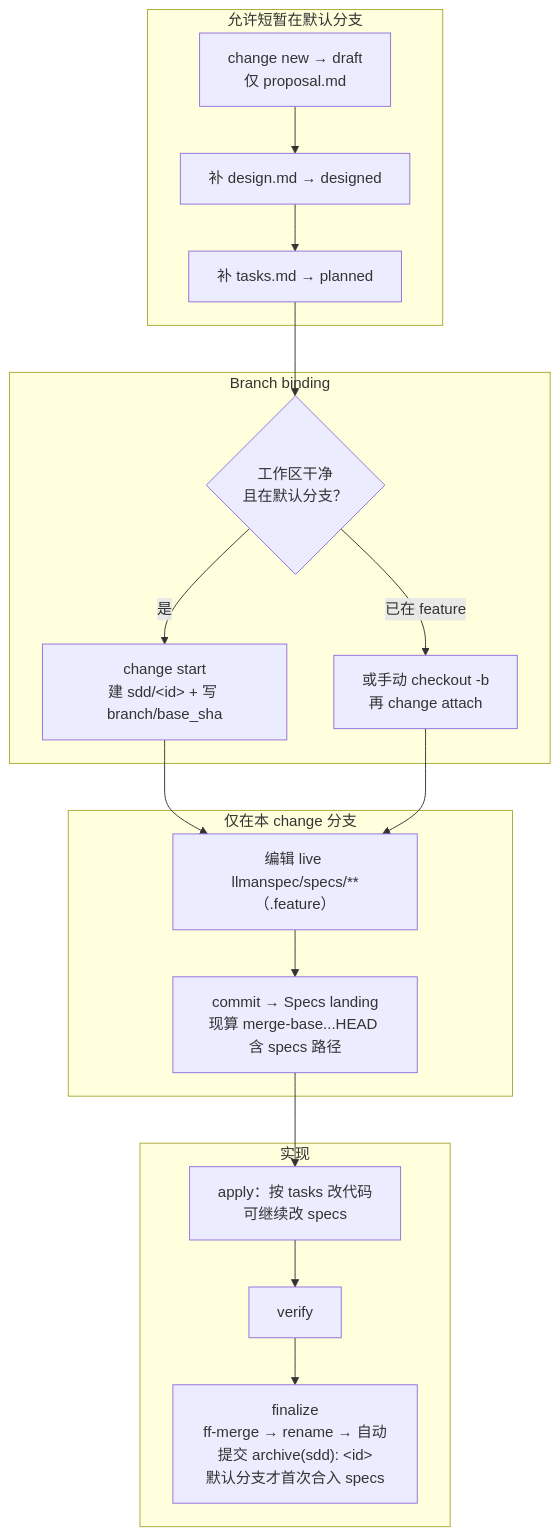
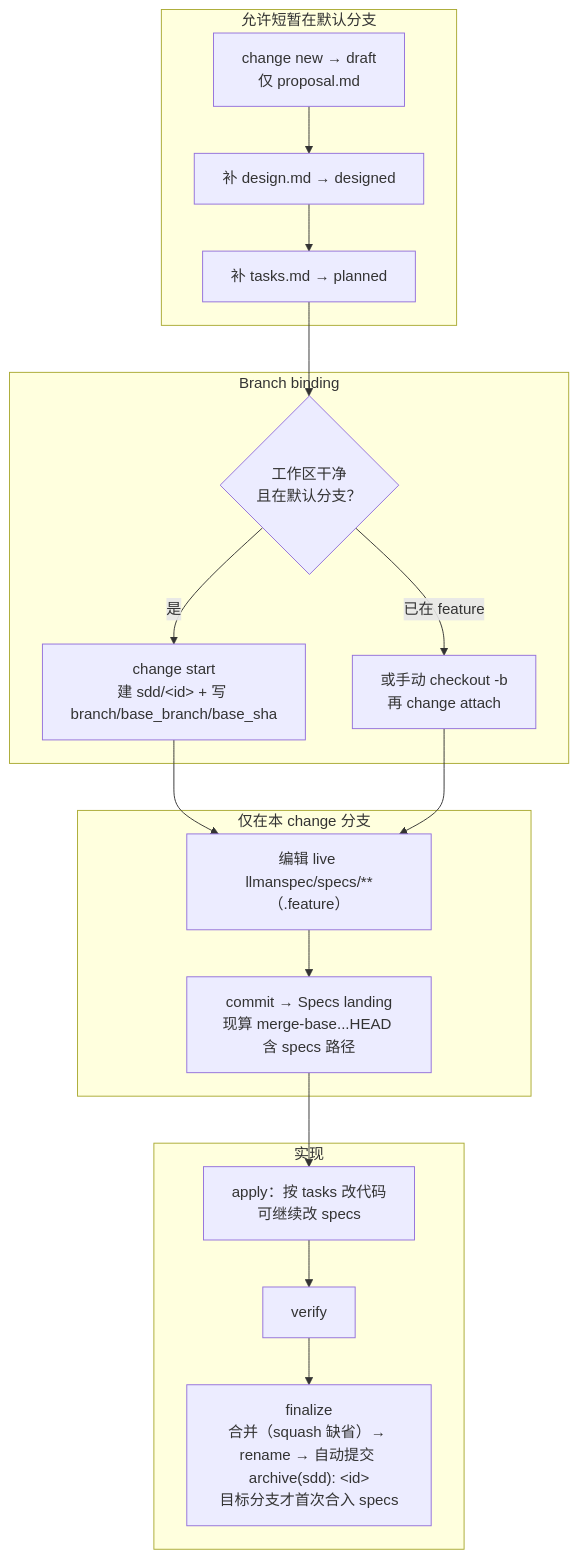
Before and after one commit to StrayDragon/xylitol: the first of 2 diagrams in .agents/skills/llman-sdd-propose/SKILL.md, drawn with Mermaid. The commit also changed other lines of this file and 7 other files, not shown here.

````diff
--- a/.agents/skills/llman-sdd-propose/SKILL.md
+++ b/.agents/skills/llman-sdd-propose/SKILL.md
@@ -18,30 +18,30 @@
 ```mermaid
 flowchart TB
   subgraph main_ok["允许短暂在默认分支"]
     A["change new → draft<br/>仅 proposal.md"]
     B1["补 design.md → designed"]
     B2["补 tasks.md → planned"]
   end
 
   subgraph gate_start["Branch binding"]
     C{"工作区干净<br/>且在默认分支？"}
-    D["change start<br/>建 sdd/&lt;id&gt; + 写 branch/base_sha"]
+    D["change start<br/>建 sdd/&lt;id&gt; + 写 branch/base_branch/base_sha"]
     E["或手动 checkout -b<br/>再 change attach"]
   end
 
   subgraph specs_only["仅在本 change 分支"]
     F["编辑 live llmanspec/specs/**（.feature）"]
     G["commit → Specs landing<br/>现算 merge-base...HEAD 含 specs 路径"]
   end
 
   subgraph implement["实现"]
     H["apply：按 tasks 改代码<br/>可继续改 specs"]
     I["verify"]
-    J["finalize<br/>ff-merge → rename → 自动提交 archive(sdd): &lt;id&gt;<br/>默认分支才首次合入 specs"]
+    J["finalize<br/>合并（squash 缺省）→ rename → 自动提交 archive(sdd): &lt;id&gt;<br/>目标分支才首次合入 specs"]
   end
 
   A --> B1 --> B2 --> C
   C -->|是| D --> F
   C -->|已在 feature| E --> F
   F --> G --> H --> I --> J
 ```
````
